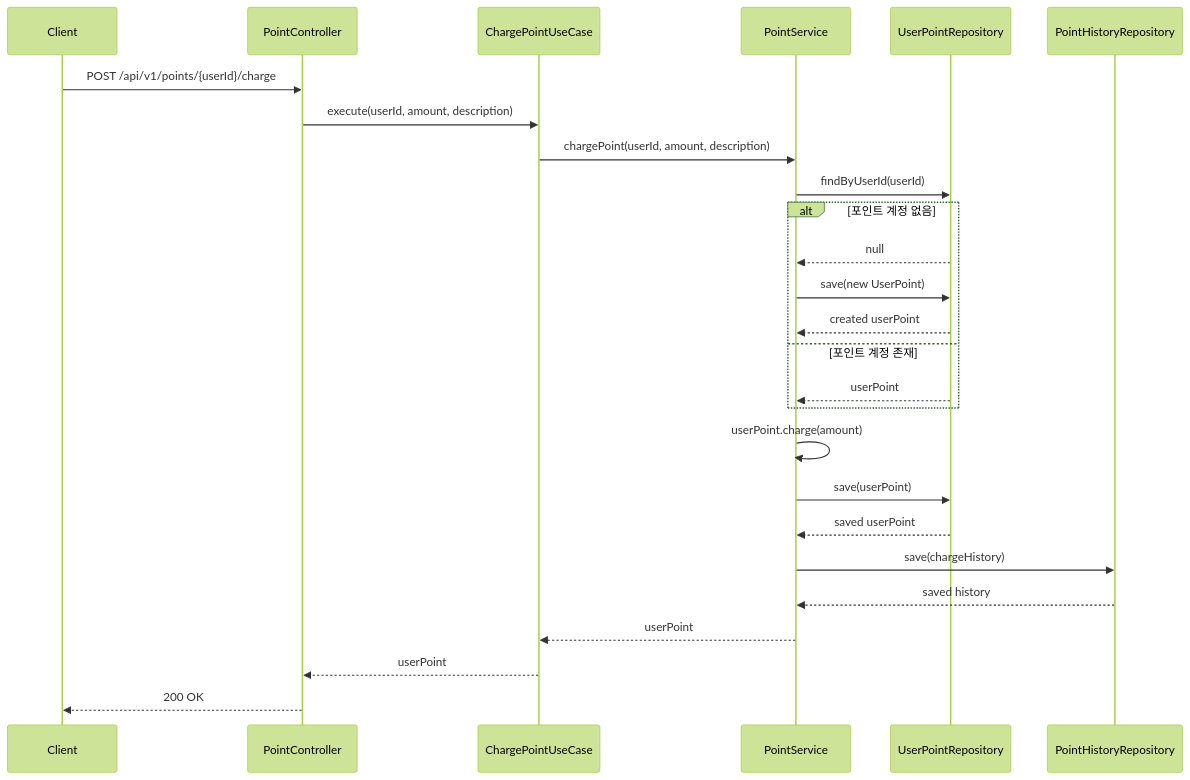
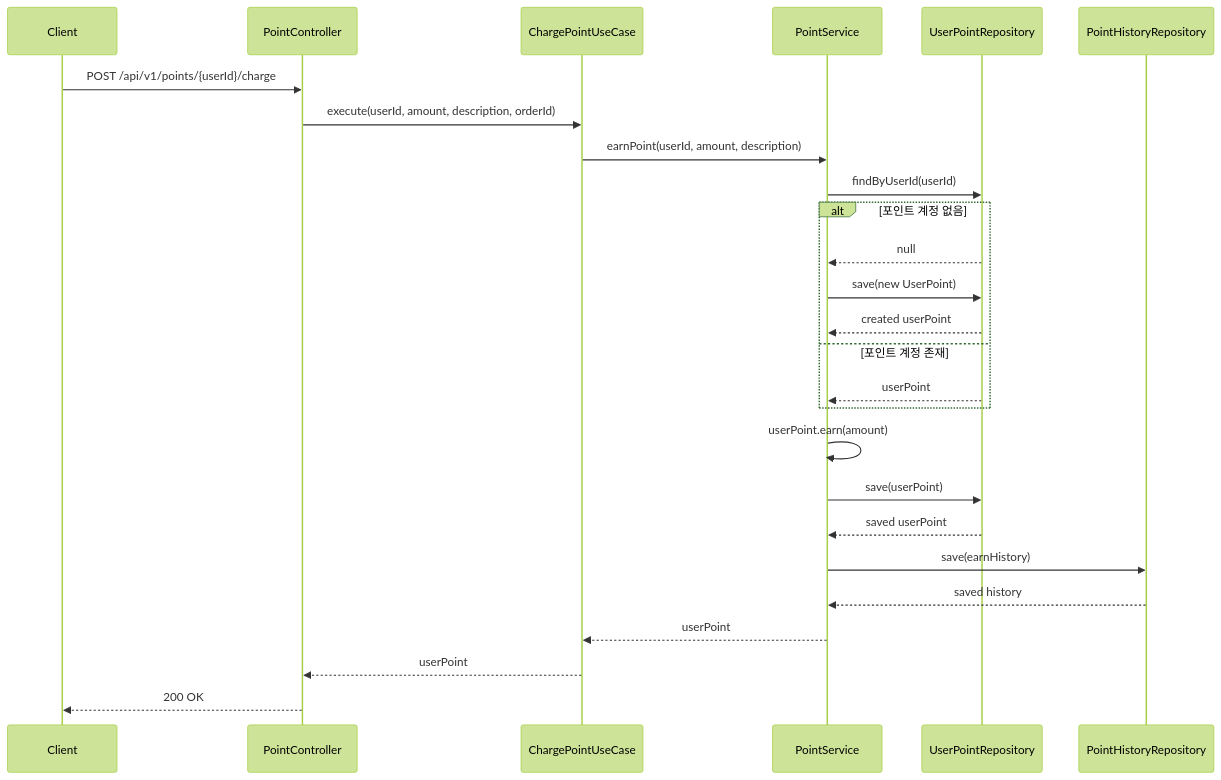
The first of 3 diagrams in ecommerce/docs/api/sequences/point/point-api.md (jay05410/hanghae10-for-study), drawn with Mermaid (forest theme) before and after one commit. The commit also changed other lines of this file and 29 other files, not shown here.

````diff
--- a/ecommerce/docs/api/sequences/point/point-api.md
+++ b/ecommerce/docs/api/sequences/point/point-api.md
@@ -163,34 +185,34 @@
 ```mermaid
 sequenceDiagram
     participant Client
     participant PointController
     participant ChargePointUseCase
     participant PointService
     participant UserPointRepository
     participant PointHistoryRepository
 
     Client->>PointController: POST /api/v1/points/{userId}/charge
-    PointController->>ChargePointUseCase: execute(userId, amount, description)
+    PointController->>ChargePointUseCase: execute(userId, amount, description, orderId)
 
-    ChargePointUseCase->>PointService: chargePoint(userId, amount, description)
+    ChargePointUseCase->>PointService: earnPoint(userId, amount, description)
     PointService->>UserPointRepository: findByUserId(userId)
 
     alt 포인트 계정 없음
         UserPointRepository-->>PointService: null
         PointService->>UserPointRepository: save(new UserPoint)
         UserPointRepository-->>PointService: created userPoint
     else 포인트 계정 존재
         UserPointRepository-->>PointService: userPoint
     end
 
-    PointService->>PointService: userPoint.charge(amount)
+    PointService->>PointService: userPoint.earn(amount)
     PointService->>UserPointRepository: save(userPoint)
     UserPointRepository-->>PointService: saved userPoint
 
-    PointService->>PointHistoryRepository: save(chargeHistory)
+    PointService->>PointHistoryRepository: save(earnHistory)
     PointHistoryRepository-->>PointService: saved history
 
     PointService-->>ChargePointUseCase: userPoint
     ChargePointUseCase-->>PointController: userPoint
     PointController-->>Client: 200 OK
 ```
````
